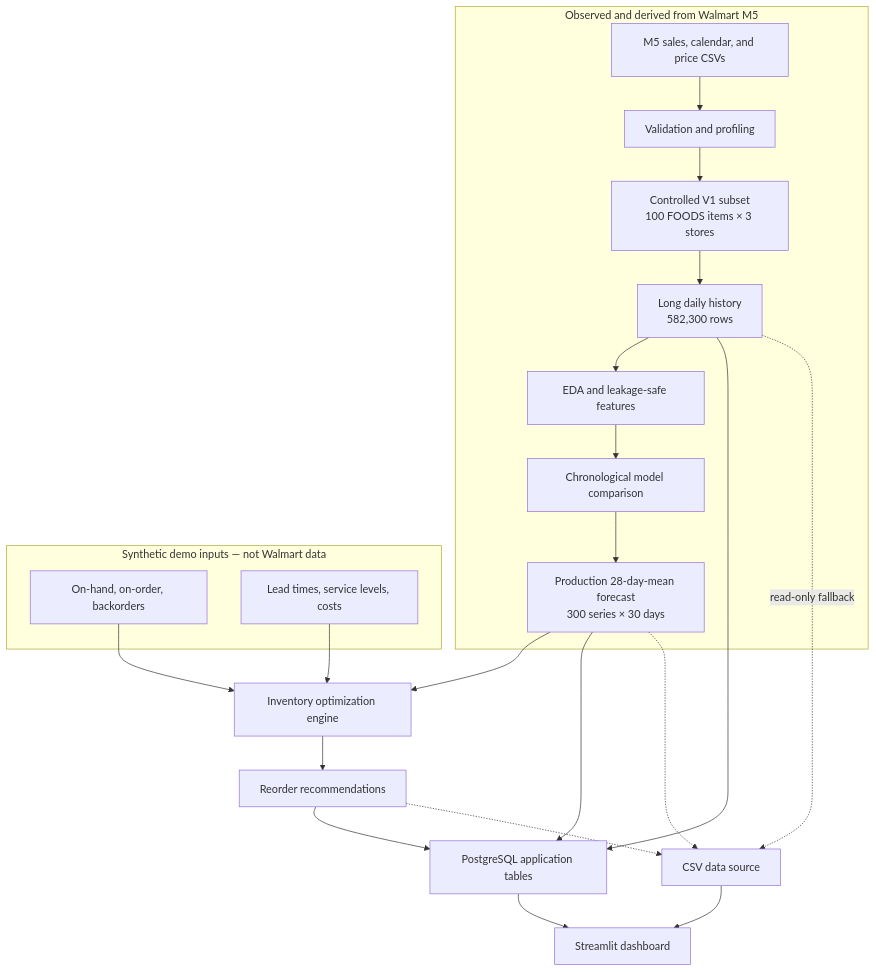
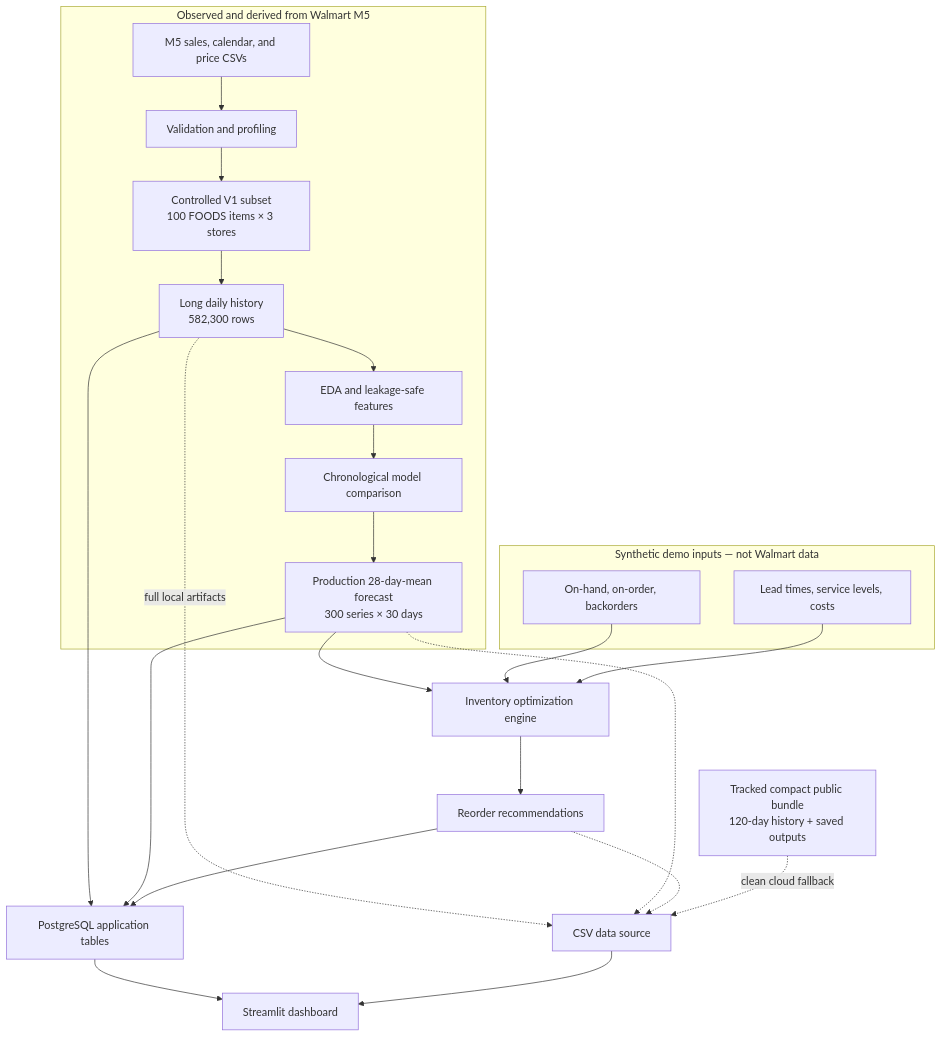
One commit to Kabir-Bisanal/SmartStock changed the diagram in docs/architecture.md. Above: the diagram before and after it, drawn with Mermaid. The commit also changed other lines of this file and 18 other files, not shown here.

Commit message:
Add compact SmartStock deployment bundle

````diff
--- a/docs/architecture.md
+++ b/docs/architecture.md
@@ -5,29 +5,30 @@
 ```mermaid
 flowchart TD
     subgraph real["Observed and derived from Walmart M5"]
         A["M5 sales, calendar, and price CSVs"] --> B["Validation and profiling"]
         B --> C["Controlled V1 subset<br/>100 FOODS items × 3 stores"]
         C --> D["Long daily history<br/>582,300 rows"]
         D --> E["EDA and leakage-safe features"]
         E --> F["Chronological model comparison"]
         F --> G["Production 28-day-mean forecast<br/>300 series × 30 days"]
     end
 
     subgraph simulated["Synthetic demo inputs — not Walmart data"]
         H["On-hand, on-order, backorders"]
         I["Lead times, service levels, costs"]
     end
 
     G --> J["Inventory optimization engine"]
     H --> J
     I --> J
     J --> K["Reorder recommendations"]
     D --> L["PostgreSQL application tables"]
     G --> L
     K --> L
     L --> M["Streamlit dashboard"]
-    D -. "read-only fallback" .-> N["CSV data source"]
+    D -. "full local artifacts" .-> N["CSV data source"]
     G -.-> N
     K -.-> N
+    O["Tracked compact public bundle<br/>120-day history + saved outputs"] -. "clean cloud fallback" .-> N
     N --> M
 ```
````
